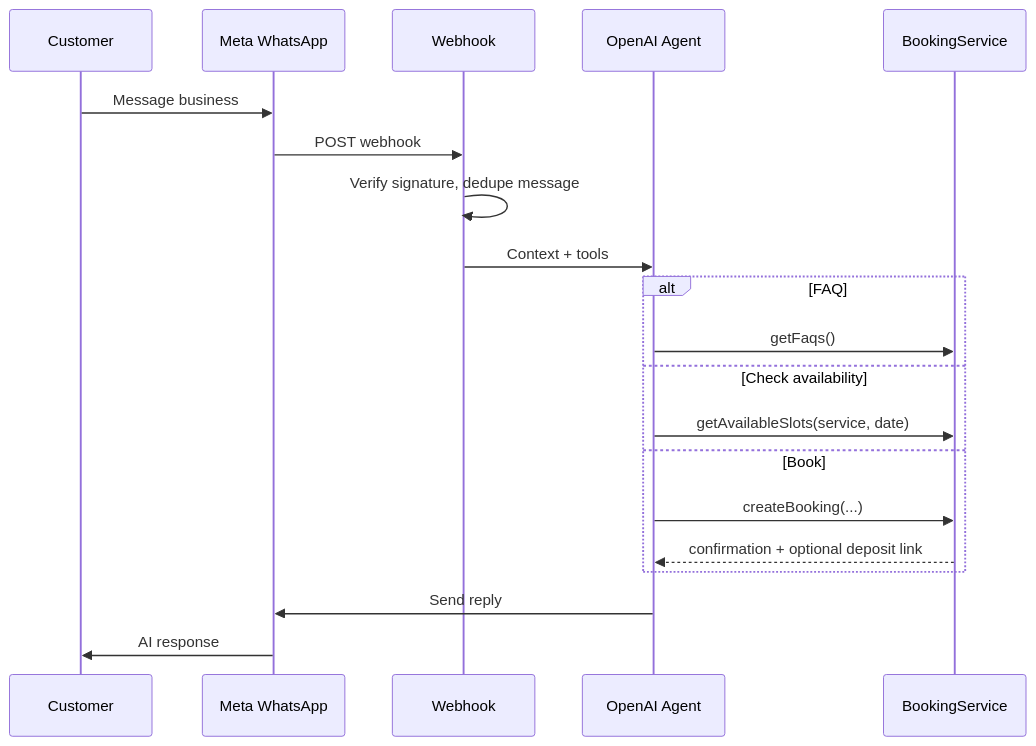
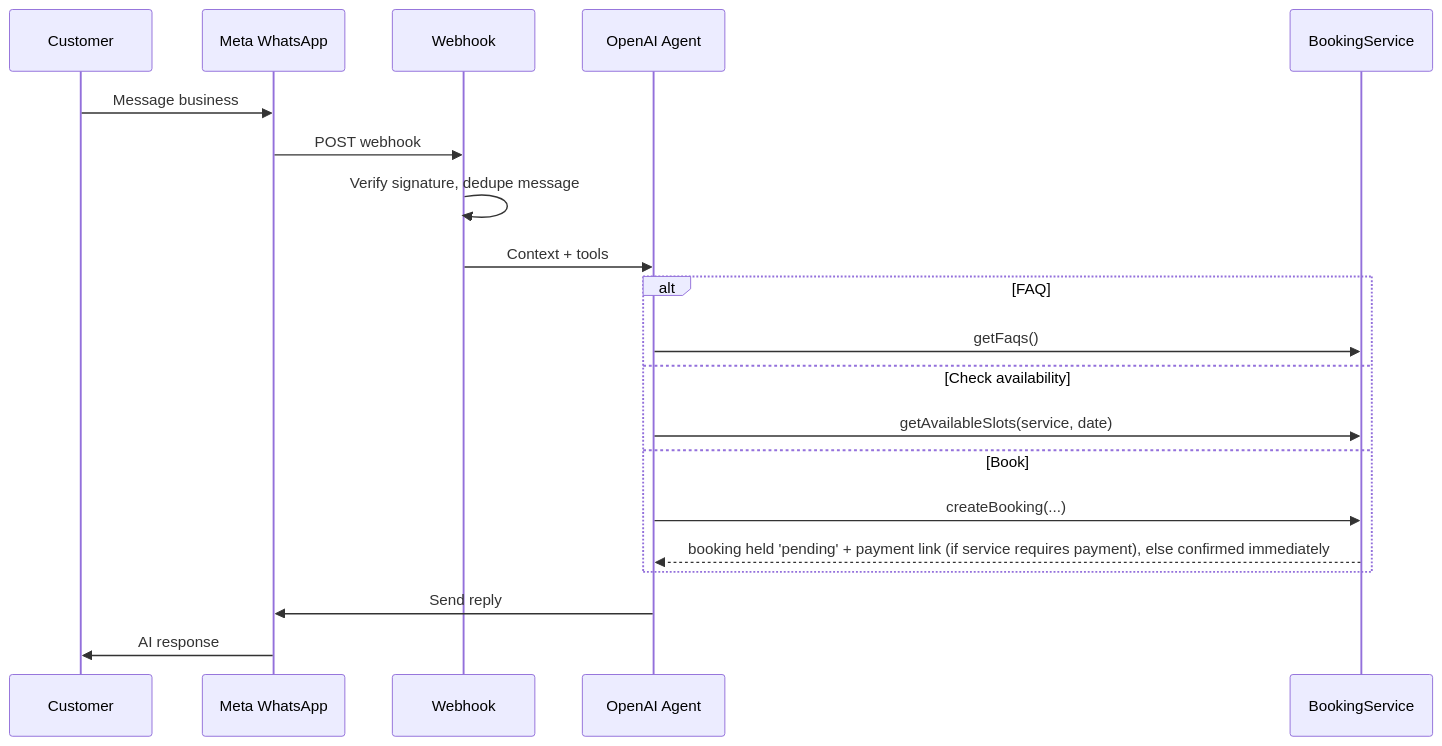
One commit to Harley2626/AI-WhatsApp-Receptionist-Booking-Platform changed the second of 2 diagrams in docs/PLAN.md. Above: the diagram before and after it, drawn with Mermaid. The commit also changed other lines of this file and 54 other files, not shown here.

First line of the commit message:
Rework booking payment flow and refresh marketing site.

````diff
--- a/docs/PLAN.md
+++ b/docs/PLAN.md
@@ -99,23 +99,23 @@
 ```mermaid
 sequenceDiagram
   participant C as Customer
   participant WA as Meta WhatsApp
   participant WH as Webhook
   participant AI as OpenAI Agent
   participant BK as BookingService
 
   C->>WA: Message business
   WA->>WH: POST webhook
   WH->>WH: Verify signature, dedupe message
   WH->>AI: Context + tools
   alt FAQ
     AI->>BK: getFaqs()
   else Check availability
     AI->>BK: getAvailableSlots(service, date)
   else Book
     AI->>BK: createBooking(...)
-    BK-->>AI: confirmation + optional deposit link
+    BK-->>AI: booking held 'pending' + payment link (if service requires payment), else confirmed immediately
   end
   AI->>WA: Send reply
   WA->>C: AI response
 ```
````
